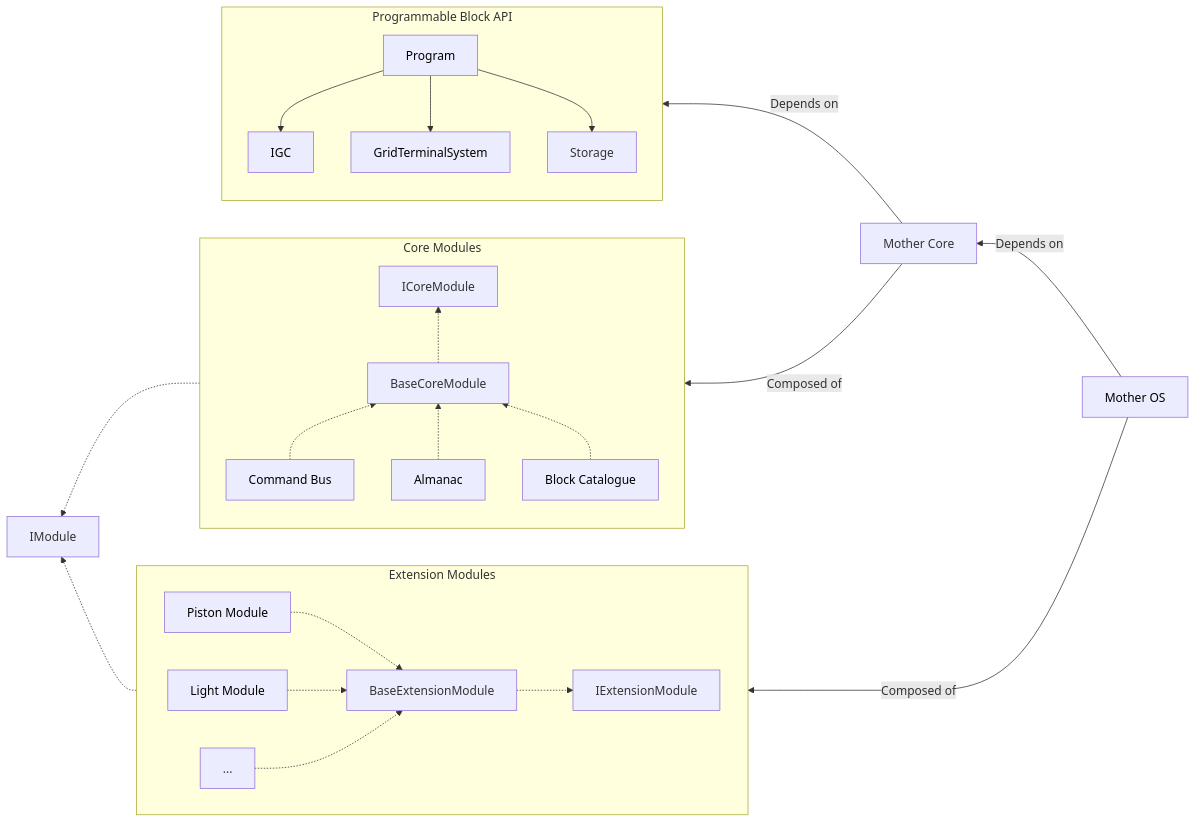
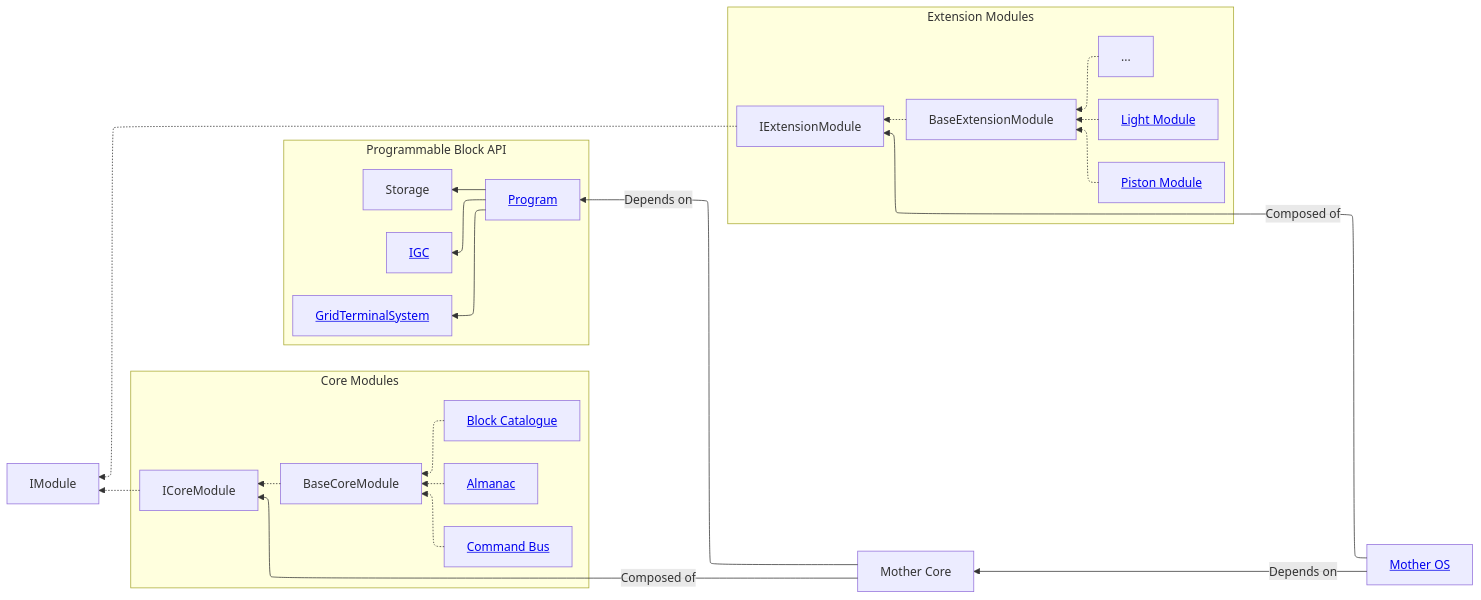
One commit to lukejamesmorrison/mother-docs changed the first of 3 diagrams in docs/Framework/Developer/GettingStarted/ArchitectureOverview.md. Above: the diagram before and after it, drawn with Mermaid. The commit also changed other lines of this file and 6 other files, not shown here.

Commit message:
Fix errors with search and mermaid styling

````diff
--- a/docs/Framework/Developer/GettingStarted/ArchitectureOverview.md
+++ b/docs/Framework/Developer/GettingStarted/ArchitectureOverview.md
@@ -25,43 +25,42 @@
 ```mermaid
 %%{
   init: {
     'flowchart': {
         'defaultRenderer': 'elk'
-    },
-    'theme': 'base',
+    }
   }
 }%%
 graph RL
-    MotherOS[<a href='/mother-docs/IngameScript/IngameScript.html' style='color: black; text-decoration: none'>Mother OS</a>]-->|Depends on| MotherCore
+    MotherOS[<a href='/mother-docs/IngameScript/IngameScript.html'>Mother OS</a>]-->|Depends on| MotherCore
     MotherCore["Mother Core"] -->|Depends on| Program["Program"]
 
     MotherOS -->|Composed of| IExtensionModule["IExtensionModule"]
     MotherCore -->|Composed of| ICoreModule["ICoreModule"]
     
     ICoreModule .-> IModule["IModule"]
     IExtensionModule .-> IModule["IModule"]
 
     subgraph Core Modules
         direction BT
         BaseCoreModule .-> ICoreModule["ICoreModule"]
-        CM2[<a href='/mother-docs/Framework/Developer/CoreModules/CommandBus.html' style='color: black; text-decoration: none'>Command Bus</a>] .-> BaseCoreModule
-        CM3[<a href='/mother-docs/Framework/Developer/CoreModules/Almanac.html' style='color: black; text-decoration: none'>Almanac</a>] .-> BaseCoreModule
-        CM4[<a href='/mother-docs/Framework/Developer/CoreModules/BlockCatalogue.html' style='color: black; text-decoration: none'>Block Catalogue</a>] .-> BaseCoreModule
+        CM2[<a href='/mother-docs/Framework/Developer/CoreModules/CommandBus.html'>Command Bus</a>] .-> BaseCoreModule
+        CM3[<a href='/mother-docs/Framework/Developer/CoreModules/Almanac.html'>Almanac</a>] .-> BaseCoreModule
+        CM4[<a href='/mother-docs/Framework/Developer/CoreModules/BlockCatalogue.html'>Block Catalogue</a>] .-> BaseCoreModule
     end
 
     subgraph Extension Modules
         direction LR
         BaseExtensionModule .-> IExtensionModule["IExtensionModule"]
-        EM1["<a href='/mother-docs/IngameScript/Modules/Extension/PistonModule.html' style='color: black; text-decoration: none'>Piston Module</a>"] .-> BaseExtensionModule
-        EM3["<a href='/mother-docs/IngameScript/Modules/Extension/LightModule.html' style='color: black; text-decoration: none'>Light Module</a>"] .-> BaseExtensionModule
+        EM1["<a href='/mother-docs/IngameScript/Modules/Extension/PistonModule.html'>Piston Module</a>"] .-> BaseExtensionModule
+        EM3["<a href='/mother-docs/IngameScript/Modules/Extension/LightModule.html'>Light Module</a>"] .-> BaseExtensionModule
         EM4["..."] .-> BaseExtensionModule
     end
 
     subgraph Programmable Block API
         direction TB
-       Program[<a href='https://github.com/malware-dev/MDK-SE/wiki/Sandbox.ModAPI.Ingame.MyGridProgram' target="_blank" style='color: black; text-decoration: none'>Program</a>]
-        Program --> PM1[<a href='https://github.com/malware-dev/MDK-SE/wiki/Sandbox.ModAPI.Ingame.IMyIntergridCommunicationSystem' target="_blank" style='color: black; text-decoration: none'>IGC</a>]
-        Program --> PM3[<a href='https://github.com/malware-dev/MDK-SE/wiki/Sandbox.ModAPI.Ingame.IMyGridTerminalSystem' target="_blank" style='color: black; text-decoration: none'>GridTerminalSystem</a>]
+      Program[<a href='https://github.com/malware-dev/MDK-SE/wiki/Sandbox.ModAPI.Ingame.MyGridProgram' target="_blank">Program</a>]
+       Program --> PM1[<a href='https://github.com/malware-dev/MDK-SE/wiki/Sandbox.ModAPI.Ingame.IMyIntergridCommunicationSystem' target="_blank">IGC</a>]
+       Program --> PM3[<a href='https://github.com/malware-dev/MDK-SE/wiki/Sandbox.ModAPI.Ingame.IMyGridTerminalSystem' target="_blank">GridTerminalSystem</a>]
         Program --> PM4["Storage"]
     end 
 ```
````
